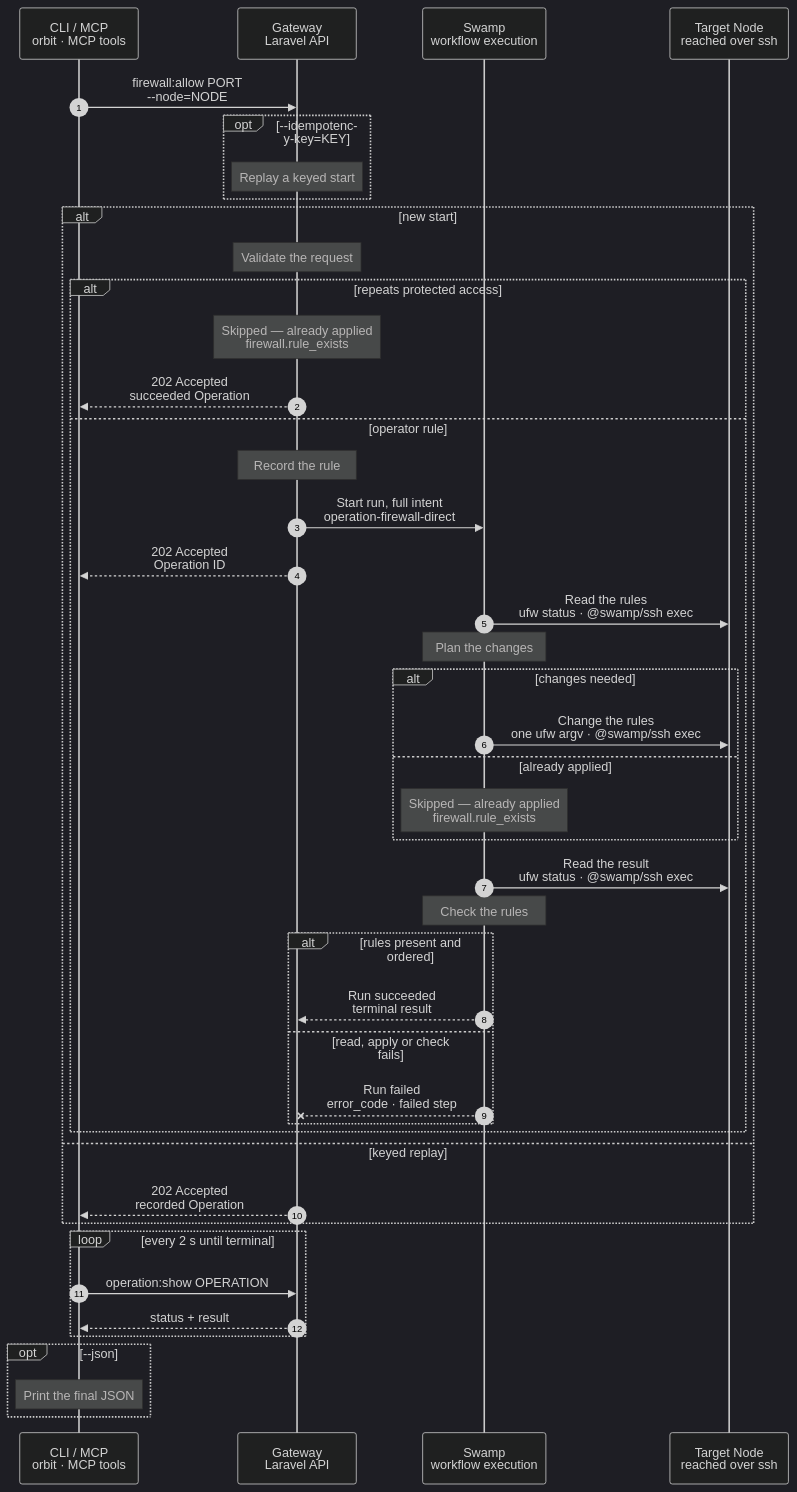
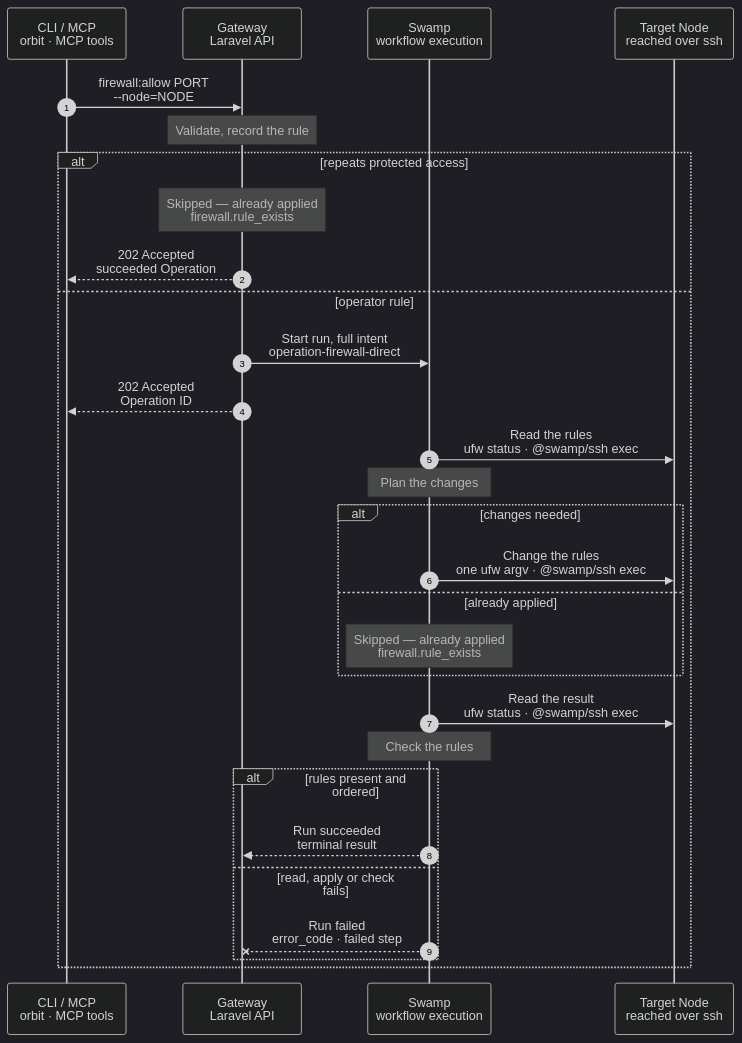
Before and after one commit to hardimpactdev/orbit: the diagram in docs/cli/firewall/allow.mmd, drawn with Mermaid (dark theme). The commit also changed 2 other files, not shown here.

Commit message:
docs(firewall): apply the review of firewall:allow

```diff
--- a/docs/cli/firewall/allow.mmd
+++ b/docs/cli/firewall/allow.mmd
@@ -1,5 +1,6 @@
 sequenceDiagram
-  %% Target design: docs/cli/firewall/index.mdx; docs/reference/cli-ux.md; ADR 0244 and ADR 0245; Swamp shape; command development pipeline stage 1.
+  %% Target design: docs/cli/firewall/index.mdx; ADR 0244 and ADR 0245; Swamp shape.
+  %% Tightened: flow-tighten 2026-11-03, rule 22 (no script: one ufw argv per change over @swamp/ssh exec; a typed step plans positions).
   %% status: draft
   %% command: firewall:allow
   %% kind: firewall.allow
@@ -15,140 +16,83 @@
   CLI->>GW: firewall:allow PORT<br/>--node=NODE
   %%> Command:
   %%> - `orbit firewall:allow PORT --node=NODE`
-  %%> - syntax: `<port> --node=ID [--from=SOURCE] [--protocol=tcp|udp] [--label=TEXT] [--idempotency-key=KEY] [--json]`
-  %%> Input:
-  %%> - one destination port from 1 through 65535, or an ordered inclusive range; service names are refused (`firewall.port_invalid`)
-  %%> - a positive numeric Node ID (`firewall.node_id_invalid`)
-  %%> - without optional flags: allow both TCP and UDP from any source, in both address families
-  %%> - a source address or CIDR affects its own address family only; `any` affects both
-  %%> - the CLI generates one idempotency key per logical start and reuses it for transport retries; an intentional new attempt gets a new key
-  %%> Prompts:
-  %%> - in a terminal, ask for an omitted port with the text prompt `Port`; ask again after an invalid answer
-  %%> - select an omitted Node with the data list `Node`: active Linux Nodes, columns `ID` and `Name`, numeric IDs as selectors, and `Press / to search`; never infer a target
-  %%> - show waiting feedback for a slow lookup; no eligible Nodes returns `firewall.node_id_invalid`
-  %%> - Ctrl-C or end of input exits 1 with `input.cancelled`, before admission
-  %%> - without a terminal, or with `--json`, missing input exits 1 with the corresponding input error and creates no Operation
-  opt --idempotency-key=KEY
-    %% path: idempotency-key
-    Note over GW: Replay a keyed start
+  %%> - syntax: `<port> --node=ID [--from=SOURCE] [--protocol=tcp|udp] [--label=TEXT]`
+  Note over GW: Validate, record the rule
+  %%> Requirements:
+  %%> - the calling Node has an access grant to the target (`node_access.required`); the target is Linux (`firewall.platform_unsupported`)
+  %%> - the port, source, protocol and label pass validation; admission refusals create no rule or Operation and change nothing on the Node
+  %%> - no other firewall change holds the target (`operation.target_busy`); one lock per Node, including the protected-access skip
+  alt repeats protected access
+    %% path: protected-port-skip
+    Note over GW: Skipped — already applied<br/>firewall.rule_exists
     %%> What it does:
-    %%> - an explicit key overrides the internally generated key
-    %%> - after access checks, the same key, target and input return the recorded Operation without another run, even if it failed
-    %%> - different input or target returns `operation.idempotency_conflict`; a malformed key returns `validation.failed`
-    %%> - replay follows the existing Operation below; it does not perform the admission and Node work again
-    %%> Retry:
-    %%> - an intentional repair is a new start, not a replay of a failed Operation
+    %%> - the ports lie inside one protected port or range Orbit opens, and the source is one that entry admits
+    %%> - a range extending beyond that entry or a source it does not admit takes the operator-rule path
+    %%> Result:
+    %%> - records a succeeded Operation without an operator rule, Swamp run or Node contact; this branch uses recorded intent, not a UFW check
+    GW-->>CLI: 202 Accepted<br/>succeeded Operation
+  else operator rule
+    %% path: operator-rule
+    %%> Requirements:
+    %%> - an opposite action for the same port, protocol and normalized source is refused (`firewall.rule_conflict`)
+    %%> - a both-protocol rule beside a single-protocol rule on the same port and source is refused, for either action (`firewall.rule_overlap`)
+    %%> Allowed:
+    %%> - different source scopes may overlap; narrower sources take precedence regardless of action
+    %%> - a repeat reuses the identity record and checks the Node in a new Operation; a label-only repeat updates the recorded label without rewriting correct UFW comments
+    %%> Result:
+    %%> - records the new or reused rule as provisioning and captures the full non-secret intent; nothing has happened on the Node yet
+    GW->>SW: Start run, full intent<br/>operation-firewall-direct
+    %%> Inputs:
+    %%> - the exact rule tuple and comment, target address and pinned SSH host keys
+    %%> - the shared SSH identity comes from the worker's swamp role; steps never call the Gateway
+    GW-->>CLI: 202 Accepted<br/>Operation ID
+    SW->>N: Read the rules<br/>ufw status · @swamp/ssh exec
+    %%> What it does:
+    %%> - reads numbered UFW rows to plan insert positions and detect drift on a repeat
+    %%> - inactive UFW fails with `firewall.backend_inactive` before mutation; never enables the firewall
+    Note over SW: Plan the changes
+    %%> What it does:
+    %%> - plans missing lines and moves misplaced lines; leaves identical, well-placed lines untouched
+    %%> - narrower sources go first, and operator lines sit above Orbit's broad managed rules; each address family is ordered separately
+    %%> - plans one allow per selected protocol and applicable address family; a port range stays a range
+    %%> - numbered positions account for earlier planned changes
+    %%> Why native:
+    %%> - official cfgmgmt firewall cannot insert at a position or express a range; each mutation is one UFW argv over official SSH, with no copied script
+    alt changes needed
+      %% path: changes-needed
+      SW->>N: Change the rules<br/>one ufw argv · @swamp/ssh exec
+      %%> What it does:
+      %%> - executes changes sequentially; a native guard skips entries requiring no work
+      %%> - moves a misplaced line by deleting and reinserting it; preserves unrelated rules
+    else already applied
+      %% path: already-applied
+      Note over SW: Skipped — already applied<br/>firewall.rule_exists
+      %%> Result:
+      %%> - no mutation; the final read and check must pass before a successful skip is reported
+    end
+    SW->>N: Read the result<br/>ufw status · @swamp/ssh exec
+    %%> What it does:
+    %%> - collects the final rows for the one end-state check
+    Note over SW: Check the rules
+    %%> What it does:
+    %%> - a typed check compares every expected line and its narrow-first position; native assert requires the check to pass
+    %%> - the public result comes from the check, not a separate report step
+    %%> Failure:
+    %%> - a missing or misplaced line fails with `firewall.verify_failed`
+    alt rules present and ordered
+      %% path: succeeded
+      SW-->>GW: Run succeeded<br/>terminal result
+      %%> Result:
+      %%> - the Gateway's shared reader marks the rule active and the Operation succeeded
+    else read, apply or check fails
+      %% path: failed
+      SW--xGW: Run failed<br/>error_code · failed step
+      %%> Result:
+      %%> - the rule stays visible as failed and the Operation fails
+      %%> - a native step stopping before a public check result reports `operation.native_failed`
+      %%> On the Node:
+      %%> - previously added lines remain, and a line deleted for reordering may be absent; no rollback
+      %%> Retry:
+      %%> - repeat after fixing the cause; reuse the record, keep correct lines and repair missing or misplaced ones without duplicates
+    end
   end
-  alt new start
-    %% path: new-start
-    Note over GW: Validate the request
-    %%> Requirements:
-    %%> - the calling Node has an access grant to the target Node (`node_access.required`); the target is an active Linux Node (`firewall.platform_unsupported` for another platform)
-    %%> - the source is an address, CIDR or `any` (`firewall.source_invalid`); a supplied protocol is `tcp` or `udp` (`firewall.protocol_invalid`)
-    %%> - a label has at most 255 characters (`validation.failed`)
-    %%> - no other firewall change runs on the target (`operation.target_busy`); one lock per Node
-    %%> Result:
-    %%> - a refusal creates no Operation or rule and changes nothing on the Node
-    alt repeats protected access
-      %% path: protected-port-skip
-      Note over GW: Skipped — already applied<br/>firewall.rule_exists
-      %%> What it does:
-      %%> - the requested ports lie inside one protected port or range Orbit already opens, and the source is one that entry already admits
-      %%> - protected access covers SSH 22, recovery SSH, WireGuard and role-owned ports; a range extending beyond the entry or a source it does not admit takes the normal allow path
-      %%> Result:
-      %%> - records a succeeded Operation with the skip reason, without an operator rule, Swamp run or Node contact
-      %%> - unlike a normal repeat, this uses recorded intent and does not read UFW
-      GW-->>CLI: 202 Accepted<br/>succeeded Operation
-    else operator rule
-      %% path: operator-rule
-      Note over GW: Record the rule
-      %%> Requirements:
-      %%> - no opposite action for the same port, protocol and normalized source (`firewall.rule_conflict`)
-      %%> - no both-protocol rule overlapping a single-protocol rule on the same port and source, in either direction (`firewall.rule_overlap`)
-      %%> Allowed:
-      %%> - different source scopes may overlap: a narrow allow overrides a broad deny, and a narrow deny overrides a broad allow
-      %%> - repeat an active or failed allow: reuse its identity record and check the Node in a new Operation
-      %%> - a label is not identity: a label-only repeat updates the recorded label but leaves correct UFW lines and comments untouched
-      %%> Result:
-      %%> - a refusal creates no Operation or rule and changes nothing on the Node
-      %%> - an admitted new start records the rule as provisioning and captures the full non-secret intent; no Node work has happened yet
-      GW->>SW: Start run, full intent<br/>operation-firewall-direct
-      %%> Inputs:
-      %%> - the exact rule tuple and comment, target address and pinned SSH host keys
-      %%> - the shared SSH identity comes from the worker's swamp role; no step calls the Gateway
-      GW-->>CLI: 202 Accepted<br/>Operation ID
-      %%> Result:
-      %%> - the CLI follows the Operation with `operation:show`
-      SW->>N: Read the rules<br/>ufw status · @swamp/ssh exec
-      %%> What it does:
-      %%> - reads numbered UFW rows over official SSH; needed to plan insert positions and detect drift on a repeat
-      %%> - inactive UFW fails with `firewall.backend_inactive` before mutation; never enables the firewall
-      Note over SW: Plan the changes
-      %%> What it does:
-      %%> - plans exact missing lines and moves misplaced lines; an identical, well-placed line is left untouched
-      %%> - narrower sources go first: one address, then CIDRs by prefix length, then anywhere; operator lines go above Orbit's broad managed rules
-      %%> - plans one allow per protocol and applicable address family; a port range stays a range
-      %%> - numbered positions account for earlier planned changes
-      %%> Why native:
-      %%> - official cfgmgmt firewall cannot insert at a position or express a range; each mutation is one UFW argv over official SSH, with no copied script
-      alt changes needed
-        %% path: changes-needed
-        SW->>N: Change the rules<br/>one ufw argv · @swamp/ssh exec
-        %%> What it does:
-        %%> - executes planned changes sequentially; a native guard skips entries requiring no work
-        %%> - moves a misplaced line by deleting and reinserting it; preserves unrelated rules
-      else already applied
-        %% path: already-applied
-        Note over SW: Skipped — already applied<br/>firewall.rule_exists
-        %%> Result:
-        %%> - no mutation; the final read and check must still pass before reporting a successful skip
-      end
-      SW->>N: Read the result<br/>ufw status · @swamp/ssh exec
-      %%> What it does:
-      %%> - collects the final rows for the one end-state check
-      Note over SW: Check the rules
-      %%> What it does:
-      %%> - a typed check compares every expected line and its narrow-first position; native assert requires the check to pass
-      %%> - the public result comes from the check, not a separate report step
-      %%> Failure:
-      %%> - a missing or misplaced line fails with `firewall.verify_failed`, including a change made between mutation and this read
-      alt rules present and ordered
-        %% path: succeeded
-        SW-->>GW: Run succeeded<br/>terminal result
-        %%> Result:
-        %%> - the Gateway's shared reader marks the rule active and the Operation succeeded
-        %%> - only a no-change plan reports `Skipped — already applied (firewall.rule_exists)` in human and JSON results
-      else read, apply or check fails
-        %% path: failed
-        SW--xGW: Run failed<br/>error_code · failed step
-        %%> Result:
-        %%> - the rule stays visible as failed; the Operation fails and the CLI exits 1
-        %%> - SSH, UFW mutation or another native step stopping before a public check result is `operation.native_failed`
-        %%> On the Node:
-        %%> - previously added lines remain, and a line deleted for reordering may be absent; there is no rollback
-        %%> Retry:
-        %%> - fix the cause and repeat the same command as a new start; reuse the record, keep correct lines and repair missing or misplaced ones without duplicates
-      end
-    end
-  else keyed replay
-    %% path: keyed-replay
-    GW-->>CLI: 202 Accepted<br/>recorded Operation
-    %%> Result:
-    %%> - access and the full key fingerprint matched; return the same Operation, without rule changes or another run
-    %%> - the CLI follows that Operation, including a previously recorded failure; this is not a repair or an already-applied skip
-  end
-  loop every 2 s until terminal
-    CLI->>GW: operation:show OPERATION
-    %%> What it does:
-    %%> - reads recorded progress and the final result; does not start more Node work
-    GW-->>CLI: status + result
-    %%> Result:
-    %%> - human output follows progress and shows the final outcome, Operation and request IDs; piped output has no animation or escape codes
-  end
-  opt --json
-    %% path: json
-    Note over CLI: Print the final JSON
-    %%> Result:
-    %%> - one final Operation, or an error envelope for a refusal; no prompts, human progress or ANSI codes
-    %%> - successful skips keep their stable reason code; execution failures remain failed Operations, not admission errors
-  end
```
